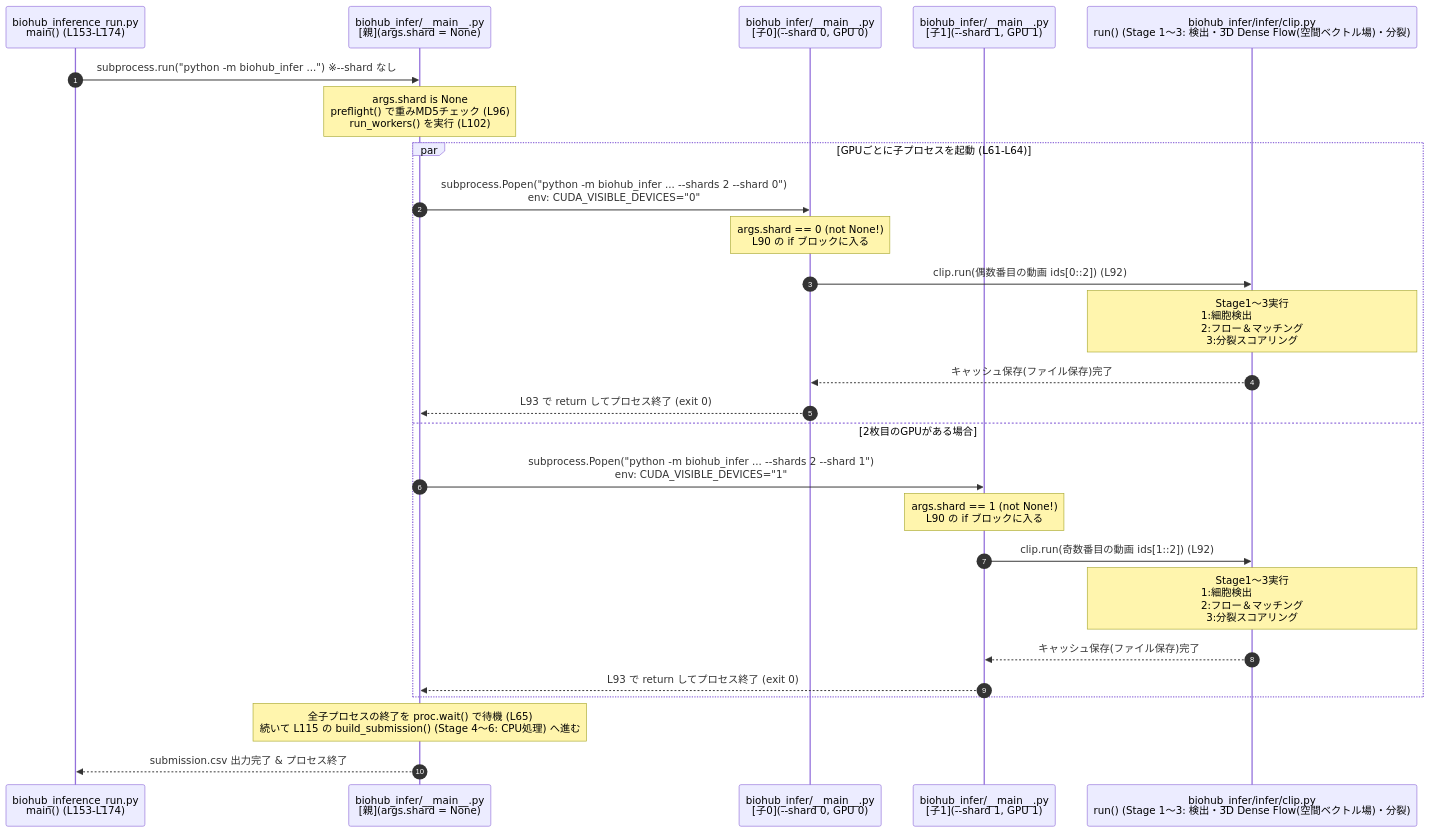
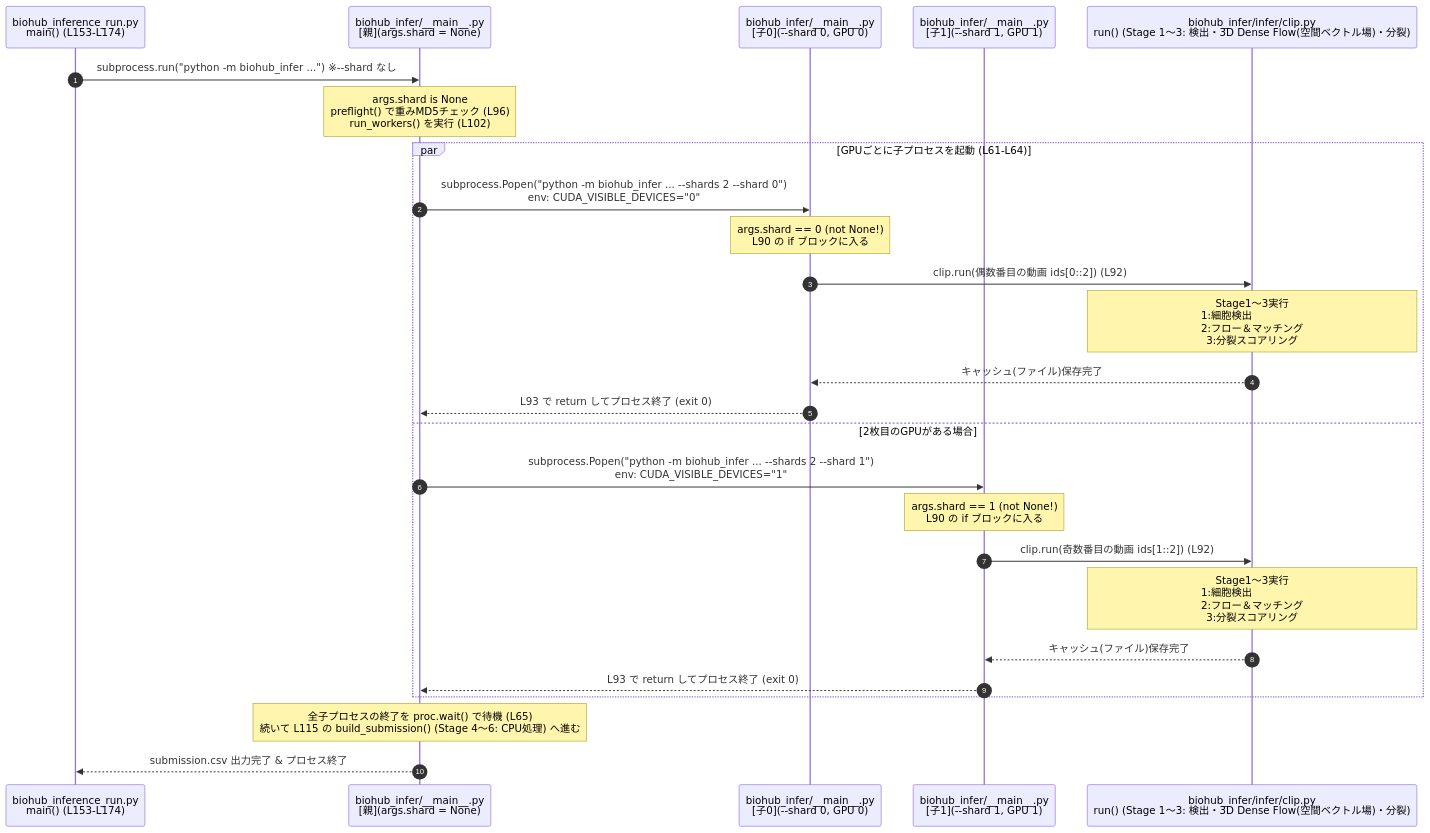
Before and after one commit to kito2718/kgle_001_BCT_Episode: the second of 8 diagrams in episode/Summary&Conclusion/3rd-place-summary.md, drawn with Mermaid. The commit also changed other lines of this file, not shown here.

Commit message:
細かい修正

````diff
--- a/episode/Summary&Conclusion/3rd-place-summary.md
+++ b/episode/Summary&Conclusion/3rd-place-summary.md
@@ -141,31 +141,31 @@
 ```mermaid
 sequenceDiagram
     autonumber
     participant Runner as biohub_inference_run.py<br/>main() (L153-L174)
     participant Parent as biohub_infer/__main__.py<br/>[親](args.shard = None)
     participant Worker0 as biohub_infer/__main__.py<br/>[子0](--shard 0, GPU 0)
     participant Worker1 as biohub_infer/__main__.py<br/>[子1](--shard 1, GPU 1)
     participant Clip as biohub_infer/infer/clip.py<br/>run() (Stage 1〜3: 検出・3D Dense Flow(空間ベクトル場)・分裂)
 
     Runner->>Parent: subprocess.run("python -m biohub_infer ...") ※--shard なし
     Note over Parent: args.shard is None<br/>preflight() で重みMD5チェック (L96)<br/>run_workers() を実行 (L102)
 
     par GPUごとに子プロセスを起動 (L61-L64)
         Parent->>Worker0: subprocess.Popen("python -m biohub_infer ... --shards 2 --shard 0")<br/>env: CUDA_VISIBLE_DEVICES="0"
         Note over Worker0: args.shard == 0 (not None!)<br/>L90 の if ブロックに入る
         Worker0->>Clip: clip.run(偶数番目の動画 ids[0::2]) (L92)
         Note over Clip: Stage1～3実行<br/>1:細胞検出　　　　　<br/>2:フロー＆マッチング<br/>3:分裂スコアリング
-        Clip-->>Worker0: キャッシュ保存(ファイル保存)完了
+        Clip-->>Worker0: キャッシュ(ファイル)保存完了
         Worker0-->>Parent: L93 で return してプロセス終了 (exit 0)
     and 2枚目のGPUがある場合
         Parent->>Worker1: subprocess.Popen("python -m biohub_infer ... --shards 2 --shard 1")<br/>env: CUDA_VISIBLE_DEVICES="1"
         Note over Worker1: args.shard == 1 (not None!)<br/>L90 の if ブロックに入る
         Worker1->>Clip: clip.run(奇数番目の動画 ids[1::2]) (L92)
         Note over Clip: Stage1～3実行<br/>1:細胞検出　　　　　<br/>2:フロー＆マッチング<br/>3:分裂スコアリング
-        Clip-->>Worker1: キャッシュ保存(ファイル保存)完了
+        Clip-->>Worker1: キャッシュ(ファイル)保存完了
         Worker1-->>Parent: L93 で return してプロセス終了 (exit 0)
     end
 
     Note over Parent: 全子プロセスの終了を proc.wait() で待機 (L65)<br/>続いて L115 の build_submission() (Stage 4〜6: CPU処理) へ進む
     Parent-->>Runner: submission.csv 出力完了 & プロセス終了
 ```
````
